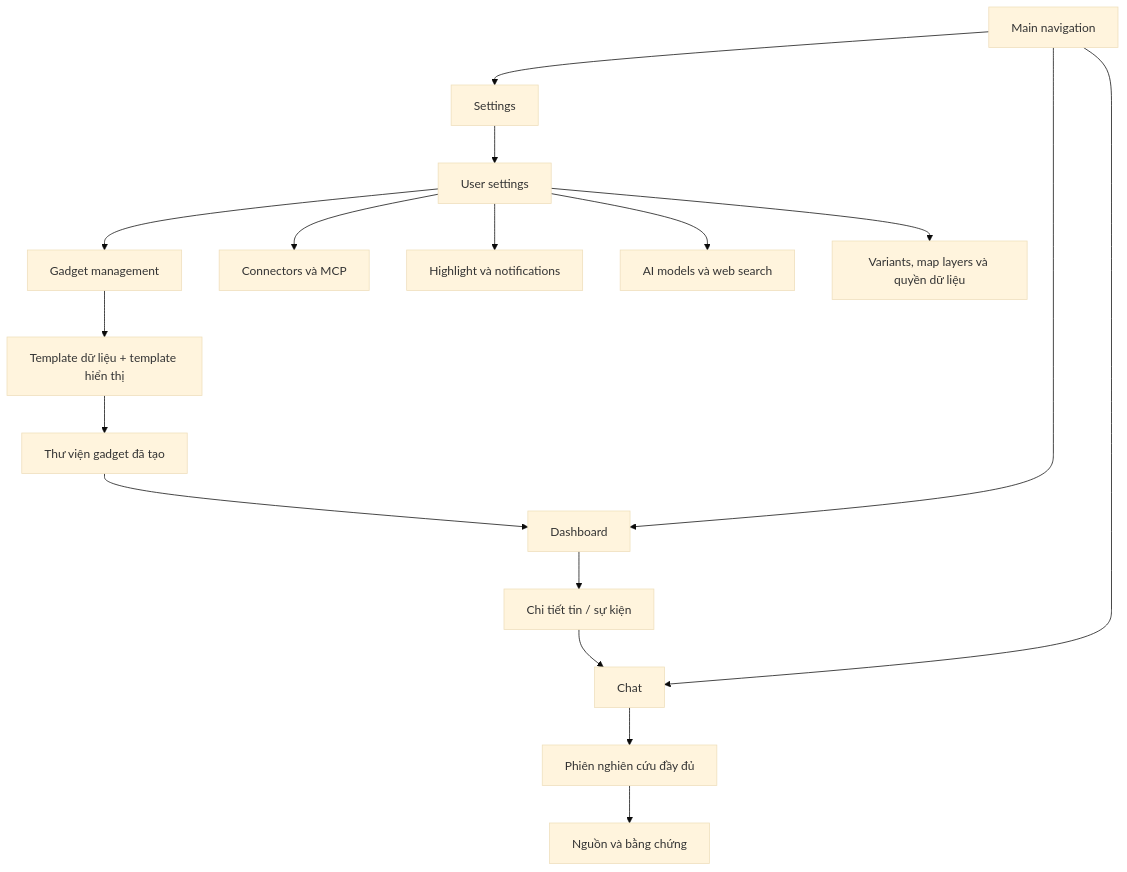
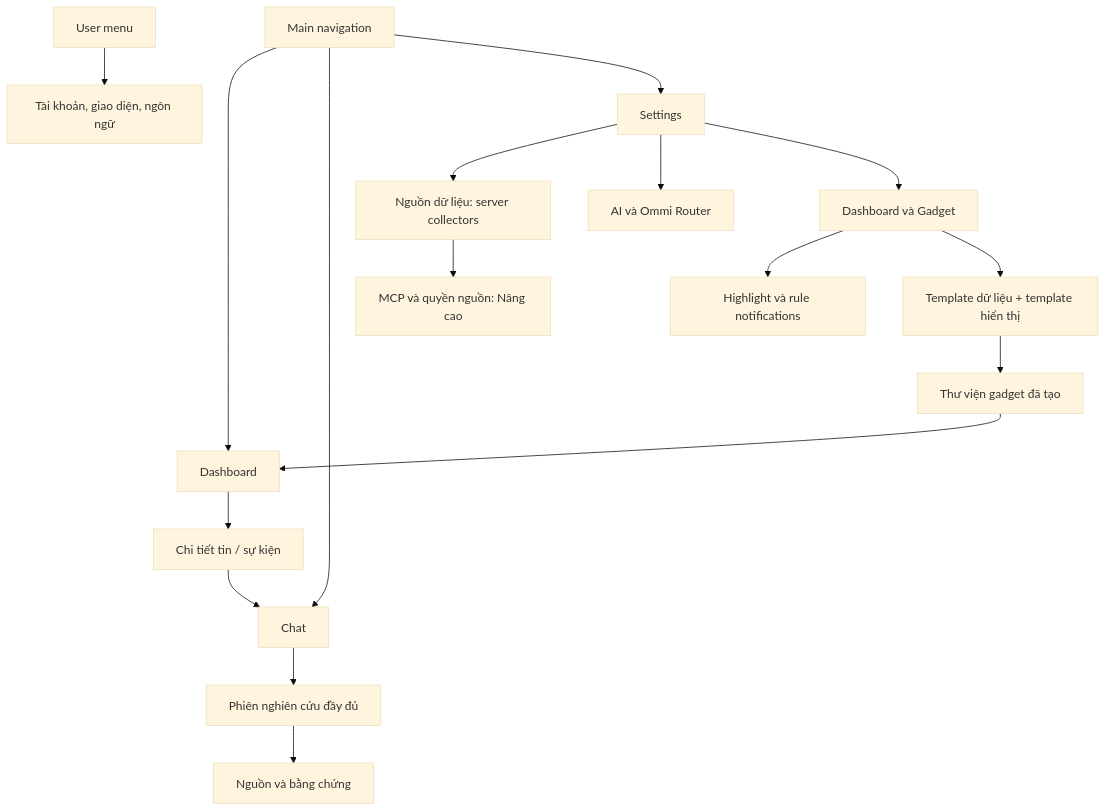
One commit to RadteamBaoDA/BBD-OS changed the first of 5 diagrams in docs/ux-proposals/2026-09-26-life-dashboard-proposal.md. Above: the diagram before and after it, drawn with Mermaid (base theme). The commit also changed other lines of this file and 23 other files, not shown here.

````diff
--- a/docs/ux-proposals/2026-09-26-life-dashboard-proposal.md
+++ b/docs/ux-proposals/2026-09-26-life-dashboard-proposal.md
@@ -34,19 +34,19 @@
 ```mermaid
 flowchart TD
     H[Main navigation] --> W[Dashboard]
     H --> A[Chat]
     H --> C[Settings]
-    C --> U[User settings]
-    U --> GM[Gadget management]
-    U --> S[Connectors và MCP]
-    U --> F[Highlight và notifications]
-    U --> AI[AI models và web search]
-    U --> V[Variants, map layers và quyền dữ liệu]
+    C --> S[Nguồn dữ liệu: server collectors]
+    C --> AI[AI và Ommi Router]
+    C --> GM[Dashboard và Gadget]
+    S --> M[MCP và quyền nguồn: Nâng cao]
+    GM --> F[Highlight và rule notifications]
+    UM[User menu] --> P[Tài khoản, giao diện, ngôn ngữ]
     GM --> T[Template dữ liệu + template hiển thị]
     T --> L[Thư viện gadget đã tạo]
     L --> W
     W --> D[Chi tiết tin / sự kiện]
     D --> A
     A --> R[Phiên nghiên cứu đầy đủ]
     R --> E[Nguồn và bằng chứng]
 ```
````
